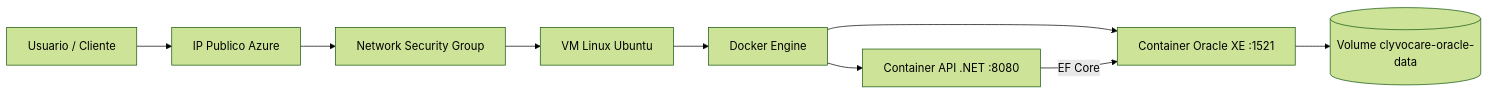
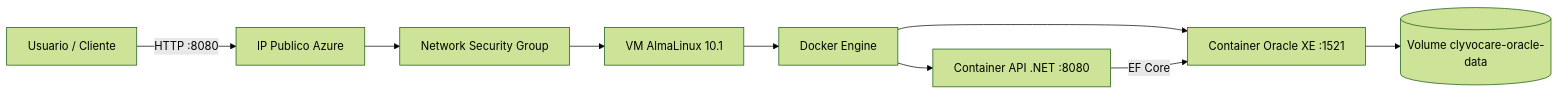
Before and after one commit to GuuiSOares/clyvocare-devops: the diagram in README.md, drawn with Mermaid (forest theme). The commit also changed other lines of this file and 4 other files, not shown here.

````diff
--- a/README.md
+++ b/README.md
@@ -29,11 +31,11 @@
 ```mermaid
 flowchart LR
-    U[Usuario / Cliente] --> IP[IP Publico Azure]
+    U[Usuario / Cliente] -->|HTTP :8080| IP[IP Publico Azure]
     IP --> NSG[Network Security Group]
-    NSG --> VM[VM Linux Ubuntu]
+    NSG --> VM[VM AlmaLinux 10.1]
     VM --> D[Docker Engine]
     D --> API[Container API .NET :8080]
     D --> ORA[Container Oracle XE :1521]
     API -->|EF Core| ORA
     ORA --> VOL[(Volume clyvocare-oracle-data)]
 ```
````
